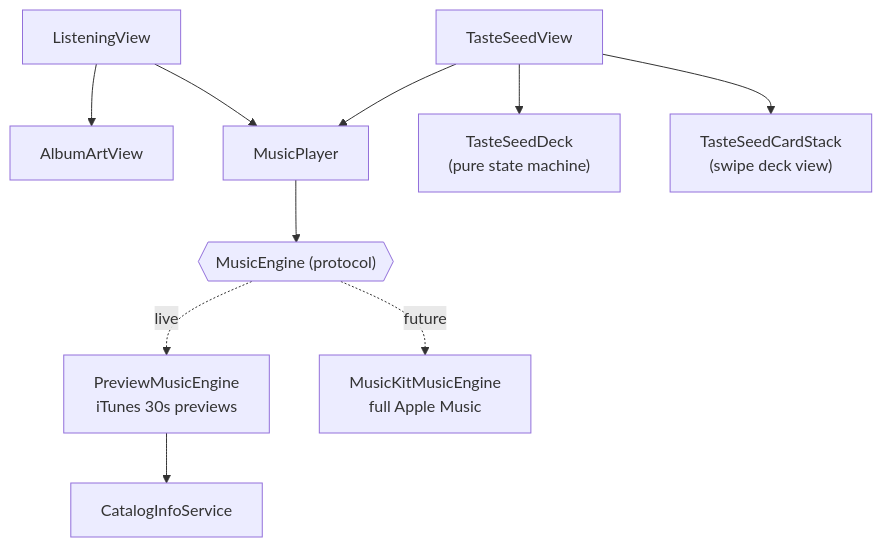
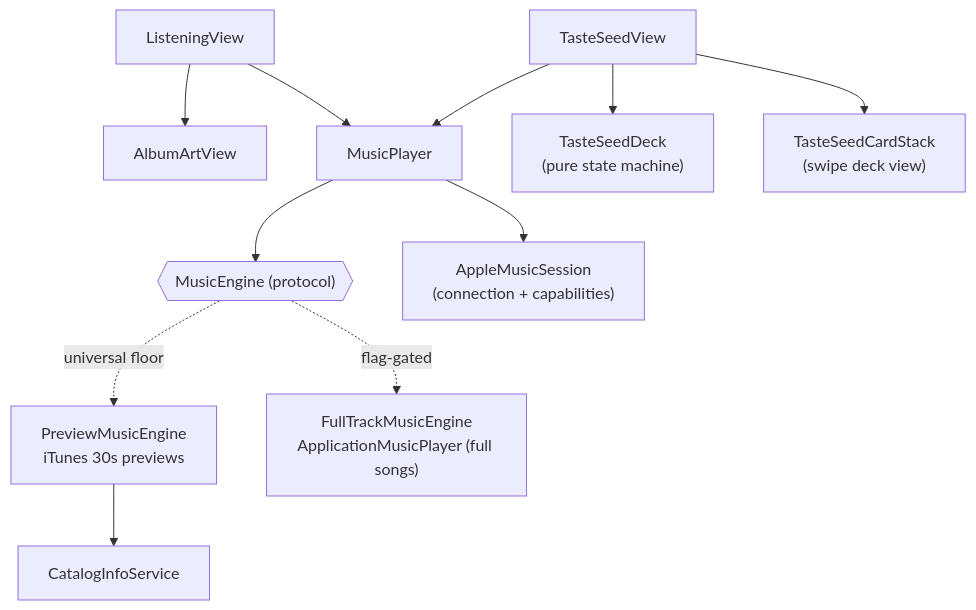
Before and after one commit to max-hagi/Daily-Music: the ninth of 12 diagrams in docs/ARCHITECTURE.md, drawn with Mermaid. The commit also changed other lines of this file, not shown here.

Commit message:
docs(architecture): map Apple Music connection layer and playback routing

````diff
--- a/docs/ARCHITECTURE.md
+++ b/docs/ARCHITECTURE.md
@@ -346,12 +350,13 @@
 ```mermaid
 flowchart TD
     ListeningView --> AlbumArtView
     ListeningView --> MusicPlayer
     TasteSeedView --> TasteSeedDeck["TasteSeedDeck<br/>(pure state machine)"]
     TasteSeedView --> TasteSeedCardStack["TasteSeedCardStack<br/>(swipe deck view)"]
     TasteSeedView --> MusicPlayer
     MusicPlayer --> MusicEngine{{"MusicEngine (protocol)"}}
-    MusicEngine -.live.-> PreviewMusicEngine["PreviewMusicEngine<br/>iTunes 30s previews"]
-    MusicEngine -.future.-> MusicKitMusicEngine["MusicKitMusicEngine<br/>full Apple Music"]
+    MusicEngine -.universal floor.-> PreviewMusicEngine["PreviewMusicEngine<br/>iTunes 30s previews"]
+    MusicEngine -.flag-gated.-> FullTrackMusicEngine["FullTrackMusicEngine<br/>ApplicationMusicPlayer (full songs)"]
+    MusicPlayer --> AppleMusicSession["AppleMusicSession<br/>(connection + capabilities)"]
     PreviewMusicEngine --> CatalogInfoService
 ```
````
